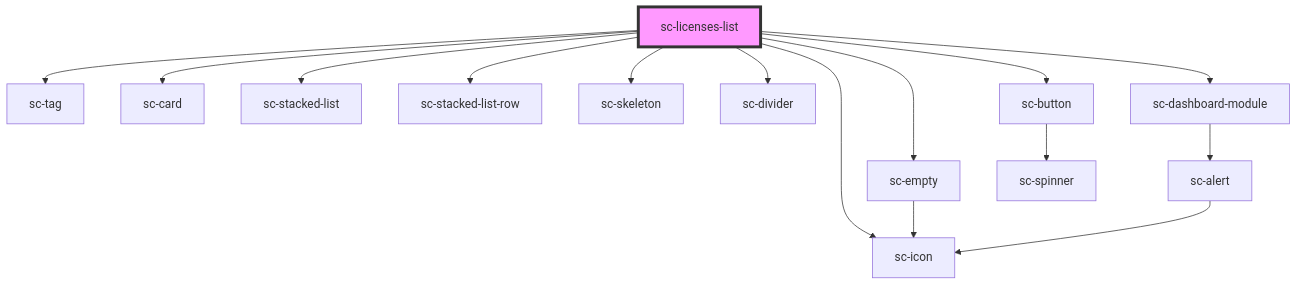
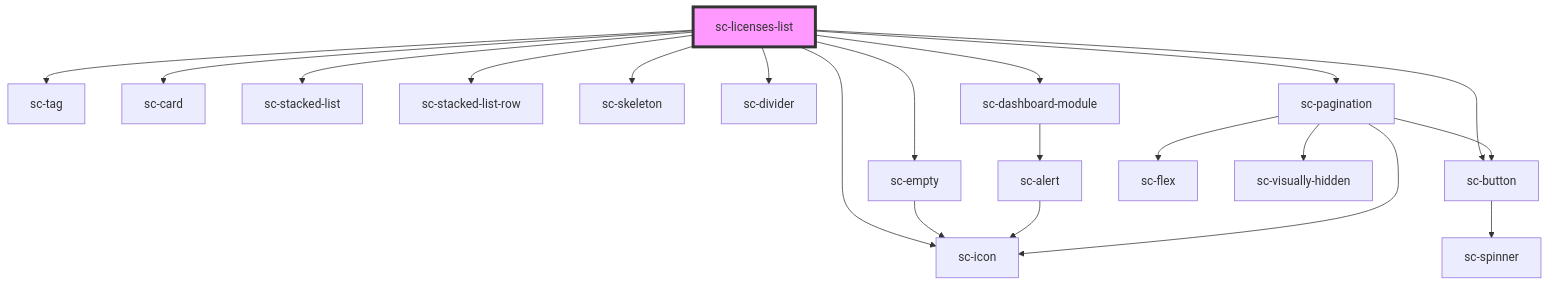
Before and after one commit to surecart/surecart-wp-plugin: the diagram in packages/components/src/components/controllers/dashboard/sc-licenses-list/readme.md, drawn with Mermaid. The commit also changed other lines of this file and 4 other files, not shown here.

````diff
--- a/packages/components/src/components/controllers/dashboard/sc-licenses-list/readme.md
+++ b/packages/components/src/components/controllers/dashboard/sc-licenses-list/readme.md
@@ -42,18 +43,23 @@
 ```mermaid
 graph TD;
   sc-licenses-list --> sc-tag
   sc-licenses-list --> sc-card
   sc-licenses-list --> sc-stacked-list
   sc-licenses-list --> sc-stacked-list-row
   sc-licenses-list --> sc-skeleton
   sc-licenses-list --> sc-divider
   sc-licenses-list --> sc-empty
   sc-licenses-list --> sc-icon
   sc-licenses-list --> sc-dashboard-module
   sc-licenses-list --> sc-button
+  sc-licenses-list --> sc-pagination
   sc-empty --> sc-icon
   sc-dashboard-module --> sc-alert
   sc-alert --> sc-icon
   sc-button --> sc-spinner
+  sc-pagination --> sc-flex
+  sc-pagination --> sc-button
+  sc-pagination --> sc-visually-hidden
+  sc-pagination --> sc-icon
   style sc-licenses-list fill:#f9f,stroke:#333,stroke-width:4px
 ```
````
